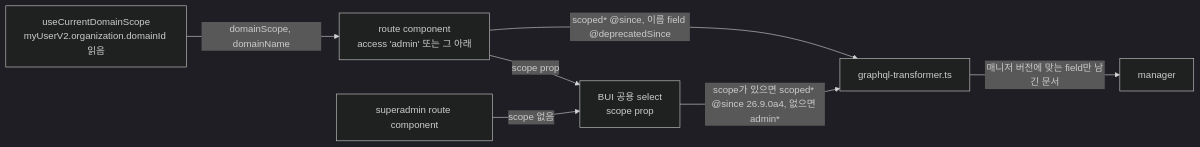
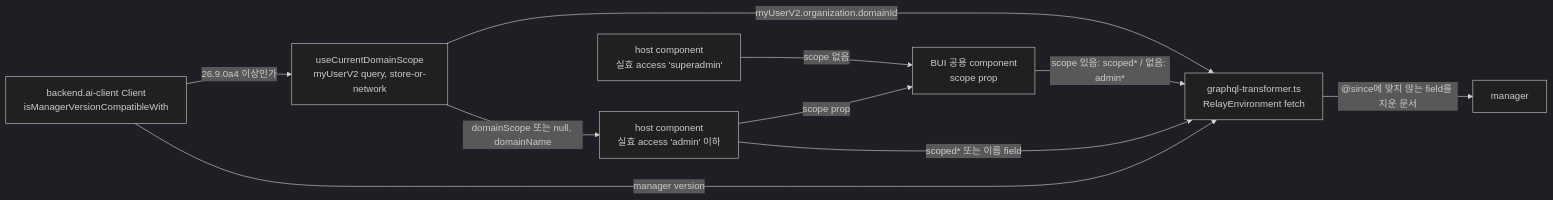
The diagram in docs/adr/0011-scoped-search-fields-on-non-superadmin-routes.md (lablup/backend.ai-webui), drawn with Mermaid (dark theme) before and after one commit. The commit also changed other lines of this file and 1 other file, not shown here.

````diff
--- a/docs/adr/0011-scoped-search-fields-on-non-superadmin-routes.md
+++ b/docs/adr/0011-scoped-search-fields-on-non-superadmin-routes.md
@@ -29,15 +29,19 @@
 ```mermaid
 flowchart LR
-  page["route component<br/>access 'admin' 또는 그 아래"]
-  hook["useCurrentDomainScope<br/>myUserV2.organization.domainId 읽음"]
-  select["BUI 공용 select<br/>scope prop"]
-  transformer["graphql-transformer.ts"]
   manager["manager"]
-  superpage["superadmin route component"]
-  hook -- "domainScope, domainName" --> page
+  client["backend.ai-client Client<br/>isManagerVersionCompatibleWith"]
+  hook["useCurrentDomainScope<br/>myUserV2 query, store-or-network"]
+  page["host component<br/>실효 access 'admin' 이하"]
+  superpage["host component<br/>실효 access 'superadmin'"]
+  select["BUI 공용 component<br/>scope prop"]
+  transformer["graphql-transformer.ts<br/>RelayEnvironment fetch"]
+  client -- "26.9.0a4 이상인가" --> hook
+  hook -- "myUserV2.organization.domainId" --> transformer
+  hook -- "domainScope 또는 null, domainName" --> page
   page -- "scope prop" --> select
   superpage -- "scope 없음" --> select
-  select -- "scope가 있으면 scoped* @since 26.9.0a4, 없으면 admin*" --> transformer
-  page -- "scoped* @since, 이름 field @deprecatedSince" --> transformer
-  transformer -- "매니저 버전에 맞는 field만 남긴 문서" --> manager
+  select -- "scope 있음: scoped* / 없음: admin*" --> transformer
+  page -- "scoped* 또는 이름 field" --> transformer
+  client -- "manager version" --> transformer
+  transformer -- "@since에 맞지 않는 field를 지운 문서" --> manager
 ```
````
